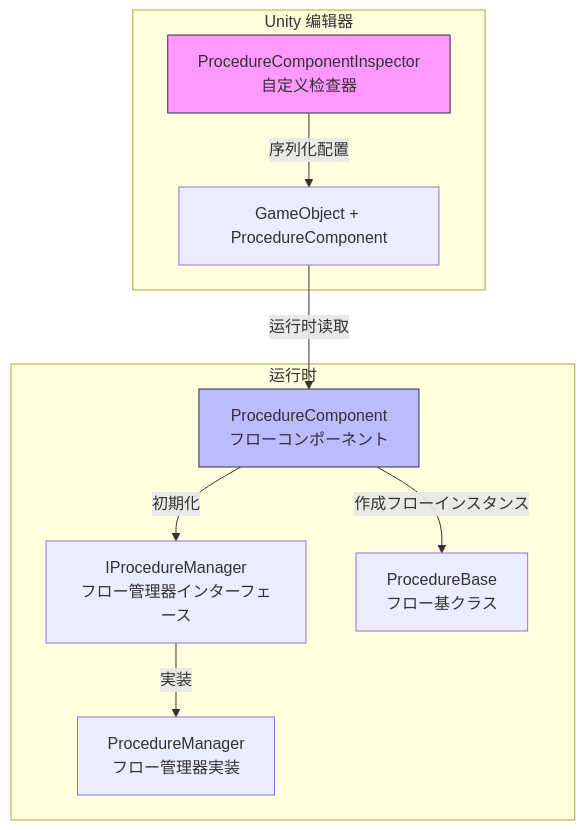
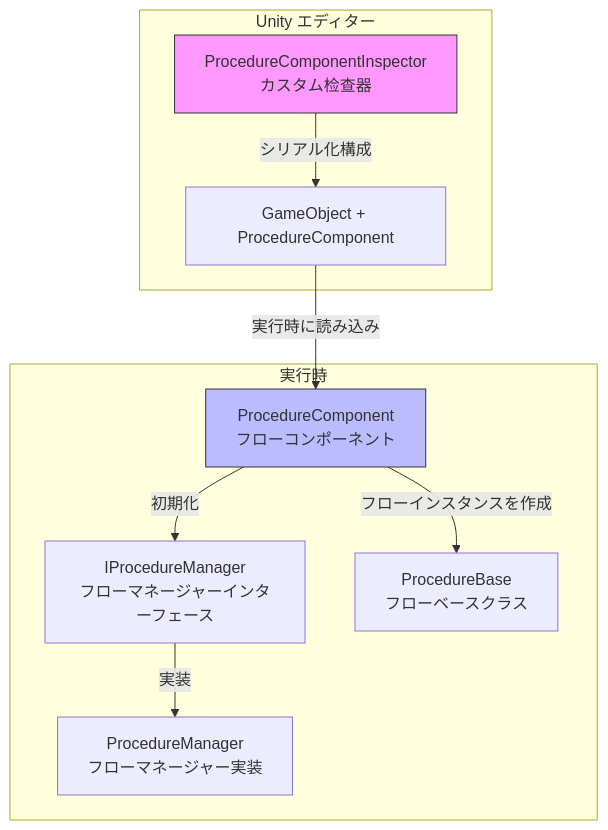
The first of 2 diagrams in docs/ja/client/unity/component/procedure/10.editor-usage.md (AlianBlank/GameFrameX.Docs), drawn with Mermaid before and after one commit. The commit also changed other lines of this file and 320 other files, not shown here.

````diff
--- a/docs/ja/client/unity/component/procedure/10.editor-usage.md
+++ b/docs/ja/client/unity/component/procedure/10.editor-usage.md
@@ -16,23 +16,23 @@
 ```mermaid
 graph TD
-    subgraph UnityEditor["Unity 编辑器"]
-        Inspector[ProcedureComponentInspector<br/>自定义检查器]
+    subgraph UnityEditor["Unity エディター"]
+        Inspector[ProcedureComponentInspector<br/>カスタム检查器]
         GameObject[GameObject + ProcedureComponent]
     end
 
-    subgraph Runtime["运行时"]
+    subgraph Runtime["実行時"]
         Component[ProcedureComponent<br/>フローコンポーネント]
-        Manager[IProcedureManager<br/>フロー管理器インターフェース]
-        Impl[ProcedureManager<br/>フロー管理器実装]
-        Base[ProcedureBase<br/>フロー基クラス]
+        Manager[IProcedureManager<br/>フローマネージャーインターフェース]
+        Impl[ProcedureManager<br/>フローマネージャー実装]
+        Base[ProcedureBase<br/>フローベースクラス]
     end
 
-    Inspector --> |"序列化配置"| GameObject
-    GameObject --> |"运行时读取"| Component
+    Inspector --> |"シリアル化構成"| GameObject
+    GameObject --> |"実行時に読み込み"| Component
     Component --> |"初期化"| Manager
-    Component --> |"作成フローインスタンス"| Base
+    Component --> |"フローインスタンスを作成"| Base
     Manager --> |"実装"| Impl
 
     style Inspector fill:#f9f,stroke:#333
     style Component fill:#bbf,stroke:#333
 ```
````
